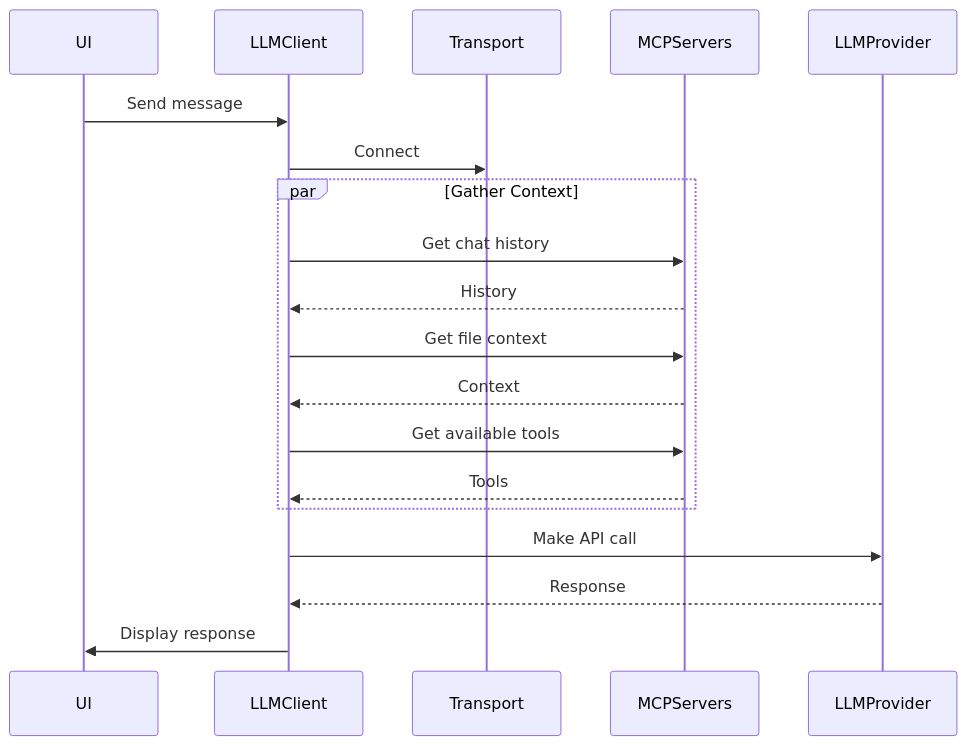
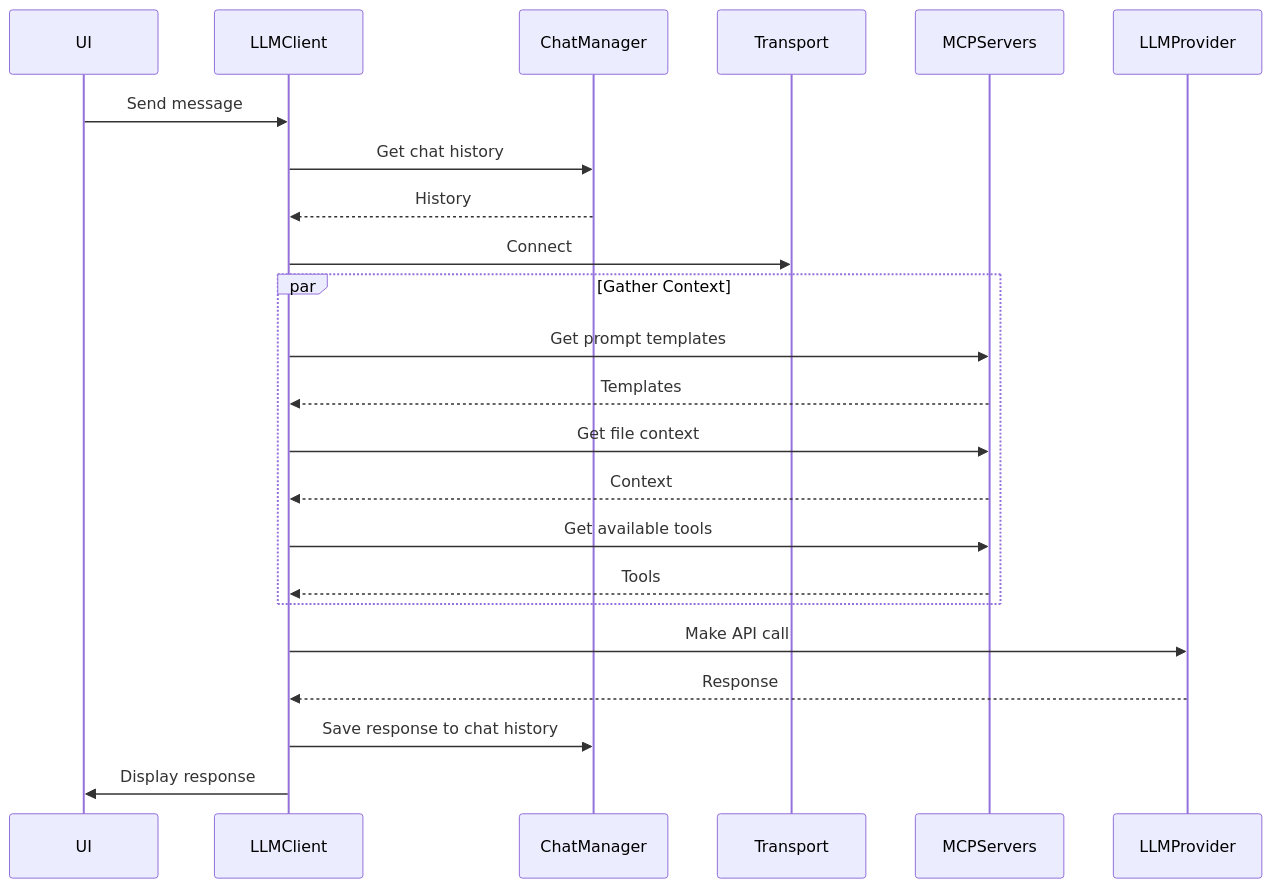
Before and after one commit to mrsimpson/piddie: the diagram in packages/llm-integration/README.md, drawn with Mermaid. The commit also changed other lines of this file and 45 other files, not shown here.

````diff
--- a/packages/llm-integration/README.md
+++ b/packages/llm-integration/README.md
@@ -35,24 +35,28 @@
 ```mermaid
 sequenceDiagram
     participant UI
     participant LLMClient
+    participant ChatManager
     participant Transport
     participant MCPServers
     participant LLMProvider
 
     UI->>LLMClient: Send message
+    LLMClient->>ChatManager: Get chat history
+    ChatManager-->>LLMClient: History
     LLMClient->>Transport: Connect
 
     par Gather Context
-        LLMClient->>MCPServers: Get chat history
-        MCPServers-->>LLMClient: History
+        LLMClient->>MCPServers: Get prompt templates
+        MCPServers-->>LLMClient: Templates
         LLMClient->>MCPServers: Get file context
         MCPServers-->>LLMClient: Context
         LLMClient->>MCPServers: Get available tools
         MCPServers-->>LLMClient: Tools
     end
 
     LLMClient->>LLMProvider: Make API call
     LLMProvider-->>LLMClient: Response
+    LLMClient->>ChatManager: Save response to chat history
     LLMClient->>UI: Display response
 ```
````
